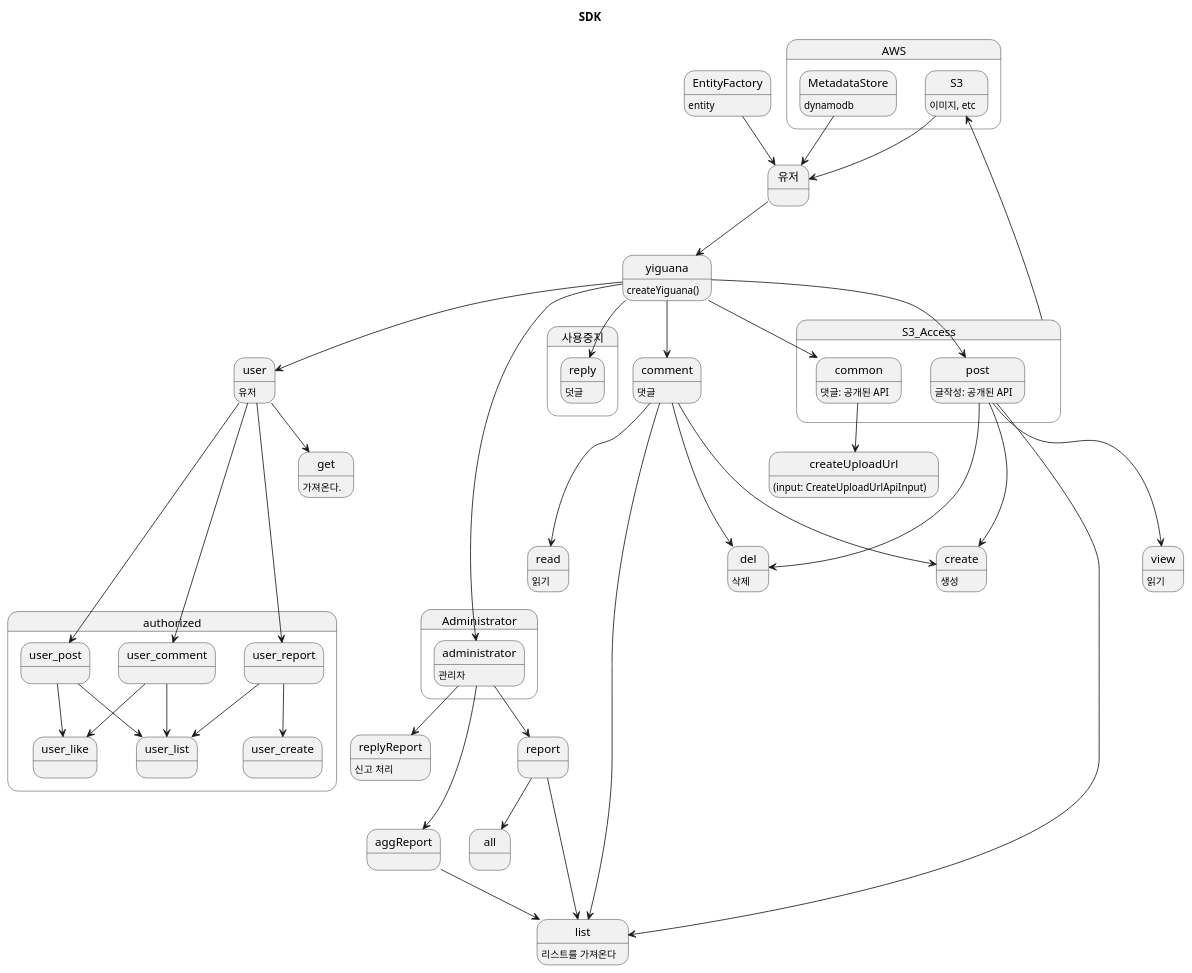
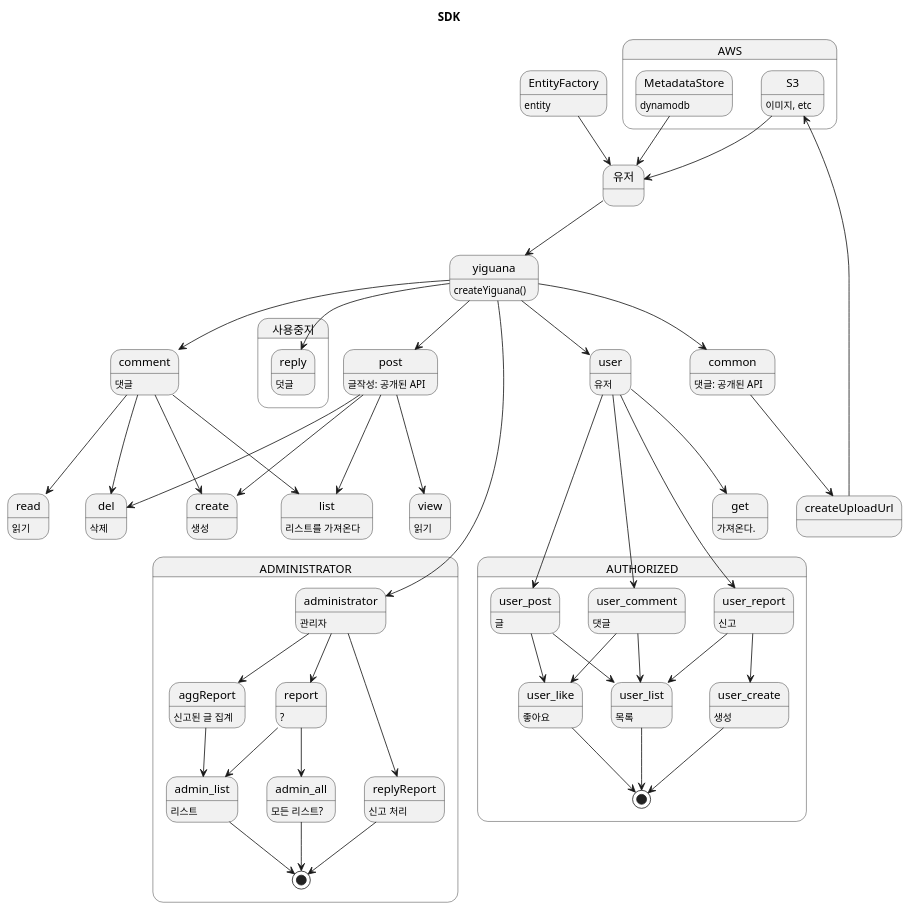
One commit to deptno/yiguana changed the diagram in asset/puml/sdk.puml. Above: the diagram before and after it, drawn with PlantUML. The commit also changed 1 other file, not shown here.

Commit message:
chore: api 레벨까지의 전체 흐름도 update

```diff
--- a/asset/puml/sdk.puml
+++ b/asset/puml/sdk.puml
@@ -1,82 +1,99 @@
 @startuml
 title SDK
 
 top to bottom direction
 
 EntityFactory: entity
 
 state AWS {
     S3: 이미지, etc
     MetadataStore: dynamodb
 }
 
 yiguana: createYiguana()
 comment: 댓글
 state 사용중지 {
     reply: 덧글
 }
 user: 유저
-state Administrator {
-    administrator: 관리자
-}
-state S3_Access {
-    common: 댓글: 공개된 API
-    post: 글작성: 공개된 API
-}
-replyReport: 신고 처리
-
-createUploadUrl: (input: CreateUploadUrlApiInput)
+common: 댓글: 공개된 API
+post: 글작성: 공개된 API
 
 list: 리스트를 가져온다
 create: 생성
 read: 읽기
 del: 삭제
 view: 읽기
 get: 가져온다.
 
 MetadataStore -down-> 유저
 EntityFactory -down-> 유저
 S3 -down-> 유저
-S3_Access ---up-> S3
 유저 --> yiguana
 yiguana --> common
 yiguana --> post
 yiguana --> comment
 yiguana --> reply
 yiguana --> user
-yiguana -----> administrator
 
-common --> createUploadUrl
+common --down-> createUploadUrl
+createUploadUrl --up-> S3
 
 post ---> list
 post ---> create
 post ---> del
 post ---> view
 comment ---> list
 comment ---> create
 comment ---> read
 comment ---> del
 
-user --> get
-administrator --> replyReport
-administrator --> aggReport
-administrator --> report
+user ---> get
 
-aggReport --> list
-report --> all
-report ---> list
+state ADMINISTRATOR {
+    aggReport: 신고된 글 집계
+    report: ?
 
-state authorized {
+    yiguana -----> administrator
+    replyReport: 신고 처리
+    admin_all: 모든 리스트?
+    admin_list: 리스트
+    replyReport --> [*]
+    administrator: 관리자
+    administrator --> replyReport
+    administrator --> aggReport
+    administrator --> report
+
+    aggReport --> admin_list
+    report --> admin_all
+    report --> admin_list
+
+    admin_list --> [*]
+    admin_all --> [*]
+}
+
+state AUTHORIZED {
+    user_post: 글
+    user_comment: 댓글
+    user_report: 신고
+    user_like: 좋아요
+    user_list: 목록
+    user_create: 생성
+
     user ----> user_post
     user ----> user_comment
     user ----> user_report
 
     user_post --> user_list
     user_post --> user_like
     user_comment --> user_list
     user_comment --> user_like
+    user_report --> user_list
     user_report --> user_create
-    user_report --> user_list
+
+    user_create --> [*]
+    user_list --> [*]
+    user_like --> [*]
 }
 
 @enduml
```
